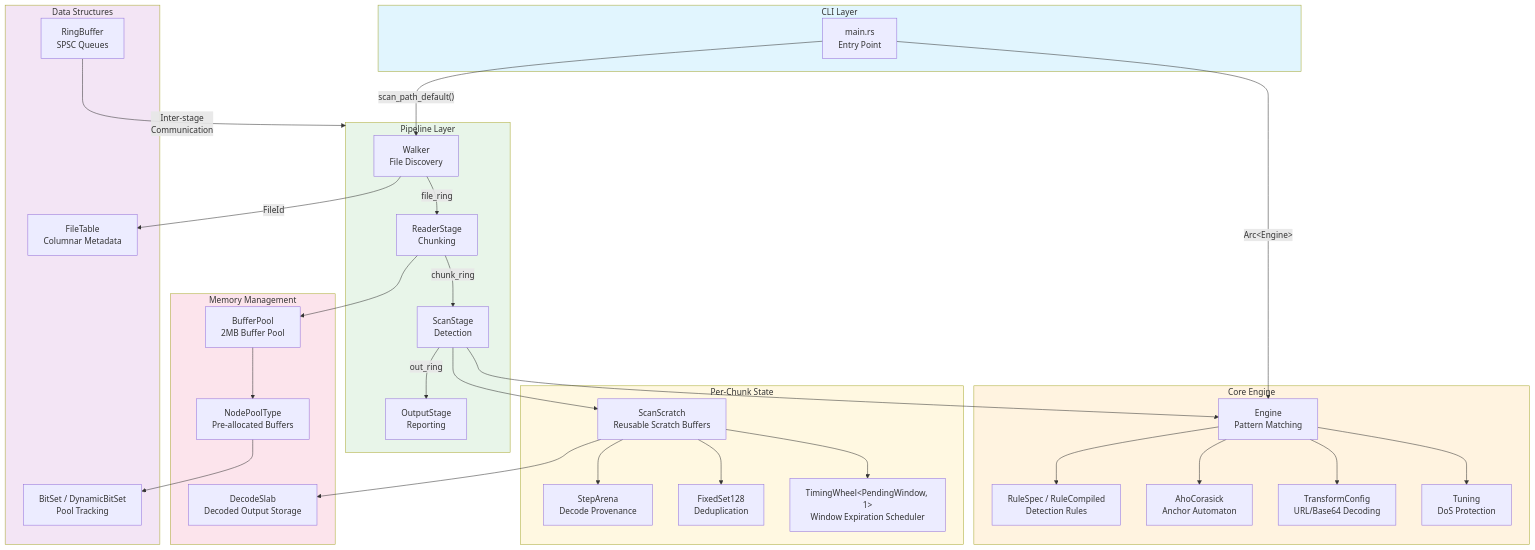
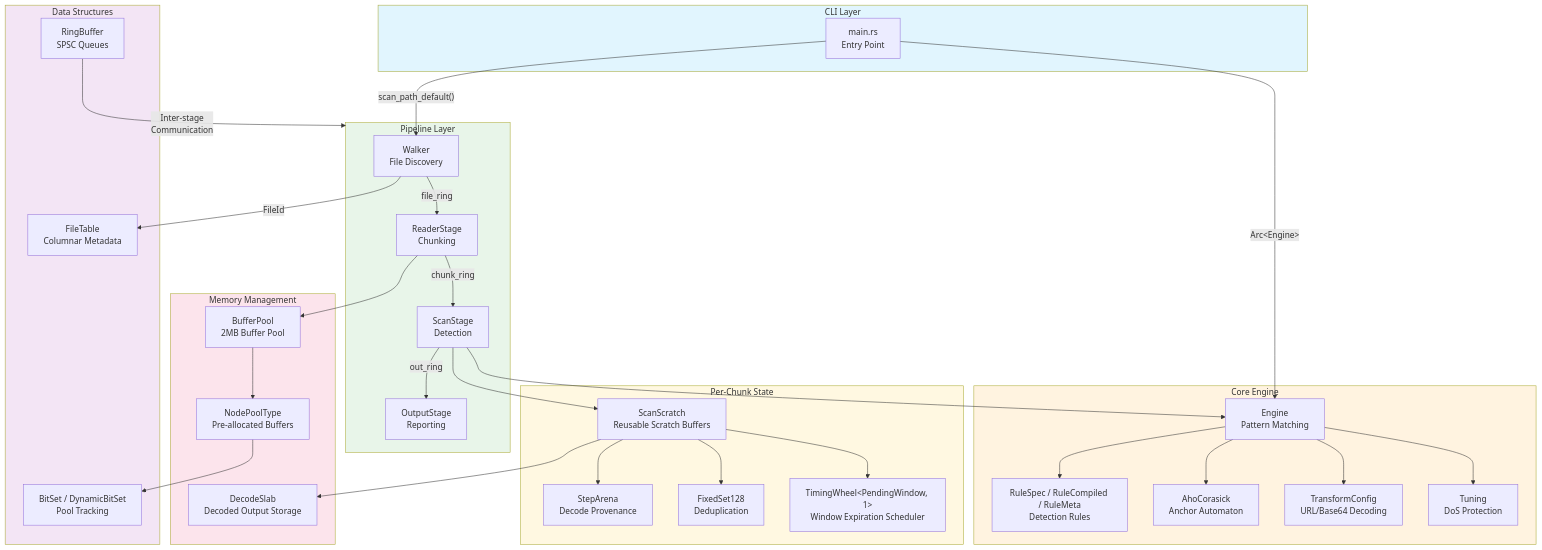
The diagram in docs/architecture-overview.md (ahrav/scratch-scanner-rs), drawn with Mermaid before and after one commit. The commit also changed other lines of this file and 5 other files, not shown here.

````diff
--- a/docs/architecture-overview.md
+++ b/docs/architecture-overview.md
@@ -5,73 +5,73 @@
 ```mermaid
 graph TB
     subgraph CLI["CLI Layer"]
         Main["main.rs<br/>Entry Point"]
     end
 
     subgraph Core["Core Engine"]
         Engine["Engine<br/>Pattern Matching"]
-        Rules["RuleSpec / RuleCompiled<br/>Detection Rules"]
+        Rules["RuleSpec / RuleCompiled / RuleMeta<br/>Detection Rules"]
         AC["AhoCorasick<br/>Anchor Automaton"]
         Transforms["TransformConfig<br/>URL/Base64 Decoding"]
         Tuning["Tuning<br/>DoS Protection"]
     end
 
     subgraph Pipeline["Pipeline Layer"]
         Walker["Walker<br/>File Discovery"]
         Reader["ReaderStage<br/>Chunking"]
         Scanner["ScanStage<br/>Detection"]
         Output["OutputStage<br/>Reporting"]
     end
 
     subgraph Memory["Memory Management"]
         BufferPool["BufferPool<br/>2MB Buffer Pool"]
         NodePool["NodePoolType<br/>Pre-allocated Buffers"]
         DecodeSlab["DecodeSlab<br/>Decoded Output Storage"]
     end
 
     subgraph DataStructures["Data Structures"]
         RingBuffer["RingBuffer<br/>SPSC Queues"]
         BitSet["BitSet / DynamicBitSet<br/>Pool Tracking"]
         FileTable["FileTable<br/>Columnar Metadata"]
     end
 
     subgraph State["Per-Chunk State"]
         ScanScratch["ScanScratch<br/>Reusable Scratch Buffers"]
         StepArena["StepArena<br/>Decode Provenance"]
         FixedSet128["FixedSet128<br/>Deduplication"]
         TimingWheel["TimingWheel&lt;PendingWindow, 1&gt;<br/>Window Expiration Scheduler"]
     end
 
     Main --> |"Arc&lt;Engine&gt;"| Engine
     Main --> |"scan_path_default()"| Walker
 
     Engine --> Rules
     Engine --> AC
     Engine --> Transforms
     Engine --> Tuning
 
     Walker --> |"FileId"| FileTable
     Walker --> |"file_ring"| Reader
     Reader --> |"chunk_ring"| Scanner
     Scanner --> |"out_ring"| Output
 
     Reader --> BufferPool
     BufferPool --> NodePool
     NodePool --> BitSet
 
     Scanner --> Engine
     Scanner --> ScanScratch
     ScanScratch --> DecodeSlab
     ScanScratch --> StepArena
     ScanScratch --> FixedSet128
     ScanScratch --> TimingWheel
 
     RingBuffer --> |"Inter-stage<br/>Communication"| Pipeline
 
     style CLI fill:#e1f5fe
     style Core fill:#fff3e0
     style Pipeline fill:#e8f5e9
     style Memory fill:#fce4ec
     style DataStructures fill:#f3e5f5
     style State fill:#fff8e1
 ```
````
